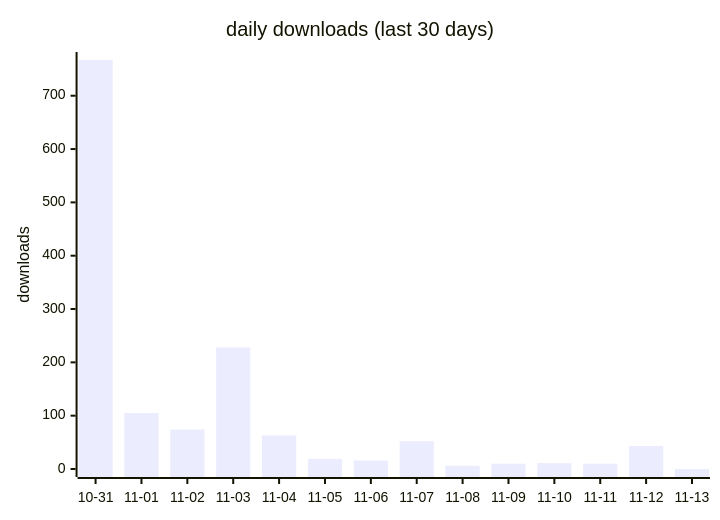
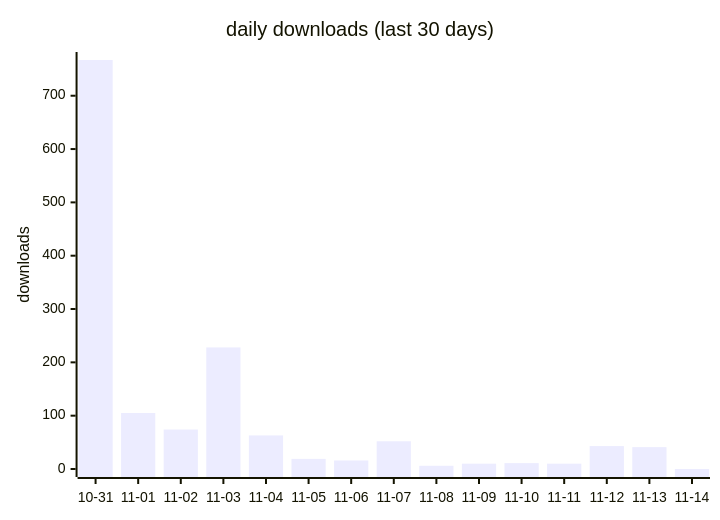
One commit to terry2010/opencode-loop-recover changed the first of 2 diagrams in docs/downloads-2026.md. Above: the diagram before and after it, drawn with Mermaid. The commit also changed other lines of this file and 1 other file, not shown here.

````diff
--- a/docs/downloads-2026.md
+++ b/docs/downloads-2026.md
@@ -19,7 +19,7 @@
 ```mermaid
 xychart-beta
     title "daily downloads (last 30 days)"
-    x-axis ["10-31", "11-01", "11-02", "11-03", "11-04", "11-05", "11-06", "11-07", "11-08", "11-09", "11-10", "11-11", "11-12", "11-13"]
+    x-axis ["10-31", "11-01", "11-02", "11-03", "11-04", "11-05", "11-06", "11-07", "11-08", "11-09", "11-10", "11-11", "11-12", "11-13", "11-14"]
     y-axis "downloads" 0 --> 767
-    bar [767, 105, 74, 228, 63, 19, 16, 52, 6, 10, 11, 10, 43, 0]
+    bar [767, 105, 74, 228, 63, 19, 16, 52, 6, 10, 11, 10, 43, 41, 0]
 ```
````
